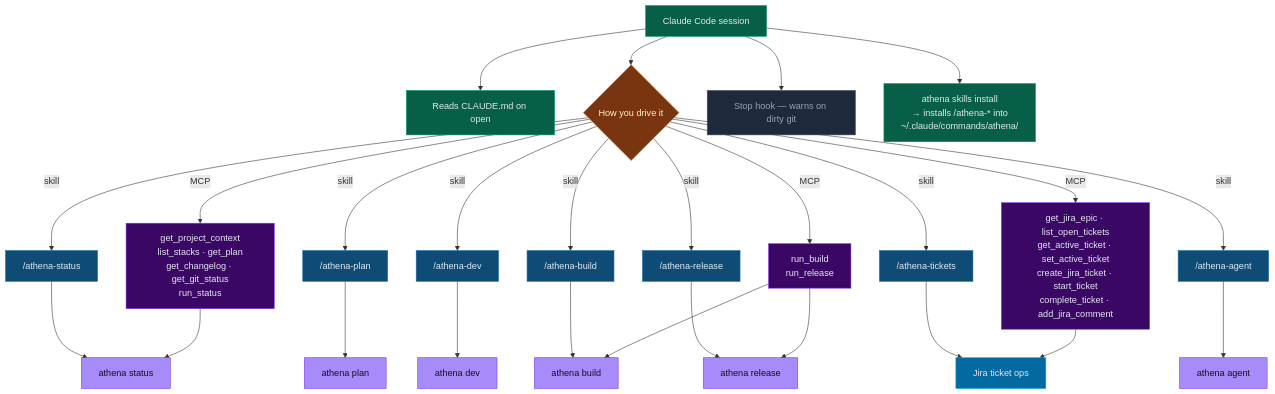
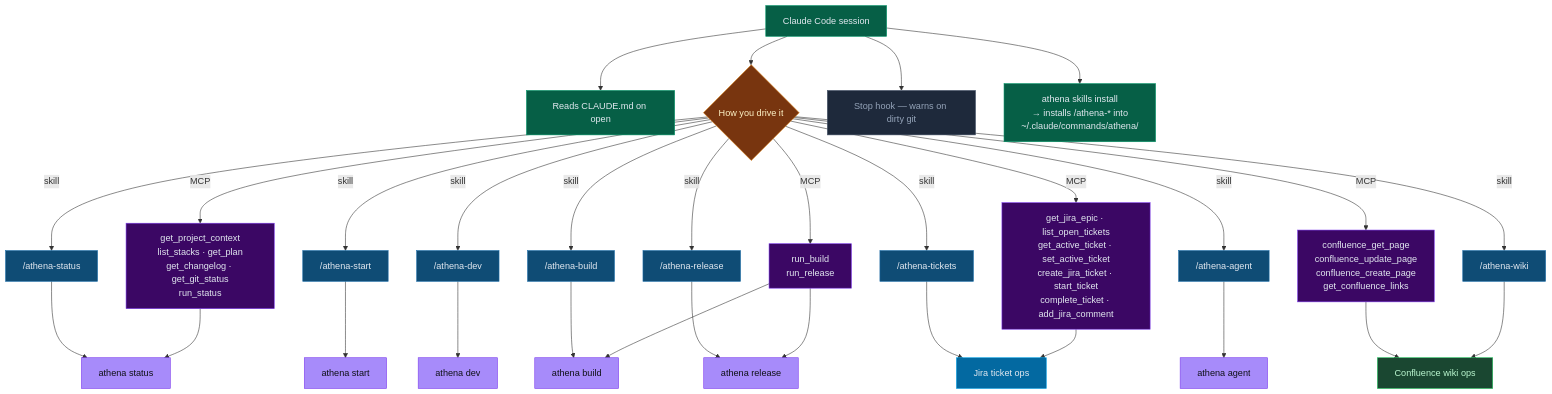
One commit to erosrage/Athena changed the seventh of 7 diagrams in README.md. Above: the diagram before and after it, drawn with Mermaid. The commit also changed other lines of this file and 6 other files, not shown here.

First line of the commit message:
feat: introduce athena start — unified project entry point

````diff
--- a/README.md
+++ b/README.md
@@ -304,32 +303,36 @@
 ```mermaid
 flowchart TD
     CC["Claude Code session"]:::claude
     CC --> CM["Reads CLAUDE.md on open"]:::claude
     CC --> SC{"How you drive it"}:::decision
     SC -->|"skill"| SK1["/athena-status"]:::cmd
-    SC -->|"skill"| SK2["/athena-plan"]:::cmd
+    SC -->|"skill"| SK2["/athena-start"]:::cmd
     SC -->|"skill"| SK3["/athena-dev"]:::cmd
     SC -->|"skill"| SK4["/athena-build"]:::cmd
     SC -->|"skill"| SK5["/athena-release"]:::cmd
     SC -->|"skill"| SK6["/athena-tickets"]:::cmd
     SC -->|"skill"| SK7["/athena-agent"]:::cmd
     SC -->|"MCP"| M1["get_project_context\nlist_stacks · get_plan\nget_changelog · get_git_status\nrun_status"]:::mcp
     SC -->|"MCP"| M2["get_jira_epic · list_open_tickets\nget_active_ticket · set_active_ticket\ncreate_jira_ticket · start_ticket\ncomplete_ticket · add_jira_comment"]:::mcp
     SC -->|"MCP"| M3["run_build\nrun_release"]:::mcp
+    SC -->|"MCP"| M4["confluence_get_page\nconfluence_update_page\nconfluence_create_page\nget_confluence_links"]:::mcp
+    SC -->|"skill"| SK8["/athena-wiki"]:::cmd
     SK1 & M1 --> ST["athena status"]:::cli
     SK4 & M3 --> B["athena build"]:::cli
     SK5 & M3 --> R["athena release"]:::cli
-    SK2 --> PL["athena plan"]:::cli
+    SK2 --> ST2["athena start"]:::cli
     SK3 --> DV["athena dev"]:::cli
     SK6 & M2 --> JT["Jira ticket ops"]:::jira
     SK7 --> AG["athena agent"]:::cli
+    M4 & SK8 --> WKOP["Confluence wiki ops"]:::wiki
     CC --> HK["Stop hook — warns on dirty git"]:::hook
     CC --> INST["athena skills install\n→ installs /athena-* into\n~/.claude/commands/athena/"]:::claude
     classDef claude fill:#065f46,stroke:#059669,color:#e2e8f0
     classDef decision fill:#78350f,stroke:#d97706,color:#fef3c7
     classDef cmd fill:#0f4c75,stroke:#1b6ca8,color:#e2e8f0
     classDef mcp fill:#3b0764,stroke:#7c3aed,color:#e2e8f0
     classDef cli fill:#a78bfa,stroke:#7c3aed,color:#0f1117
     classDef hook fill:#1e293b,stroke:#475569,color:#94a3b8
     classDef jira fill:#0369a1,stroke:#0ea5e9,color:#e2e8f0
+    classDef wiki fill:#1a4731,stroke:#22c55e,color:#bbf7d0
 ```
````
